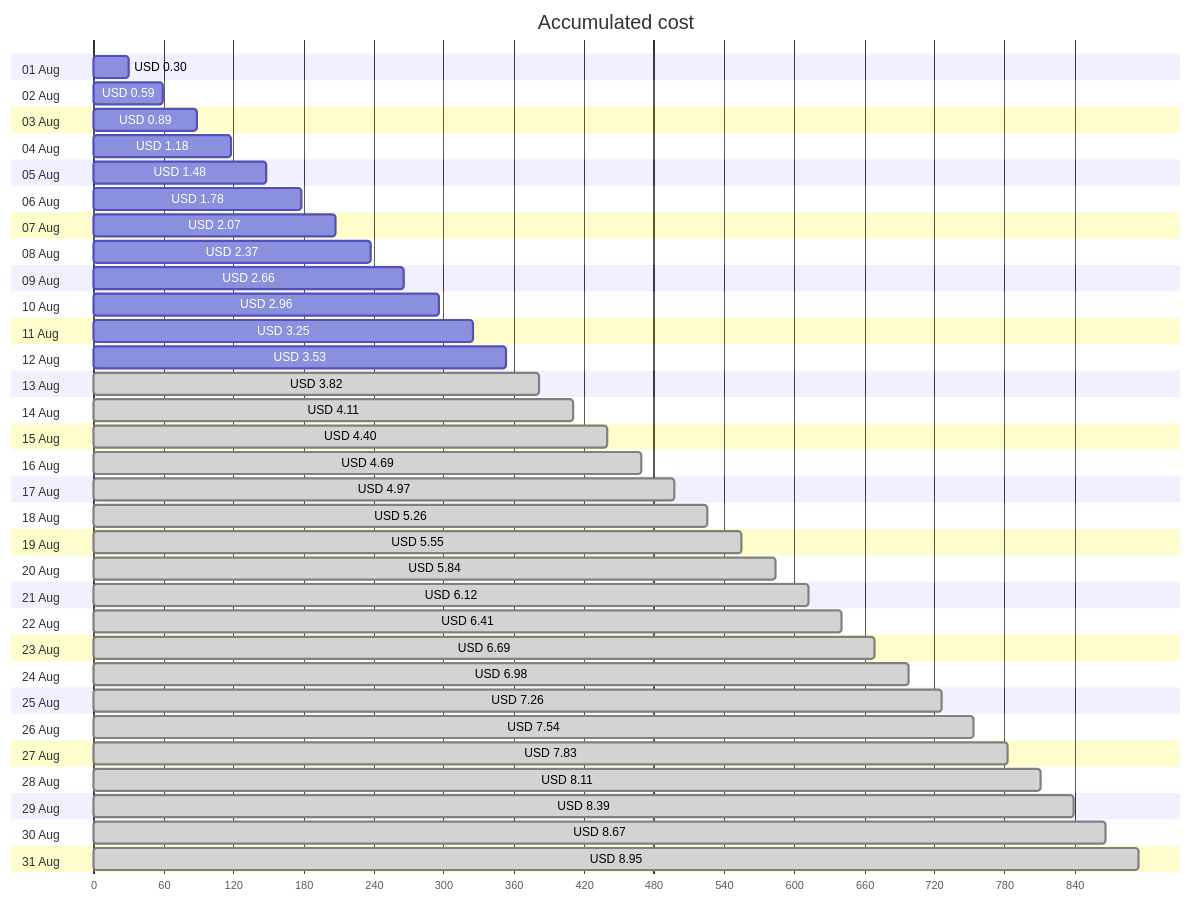
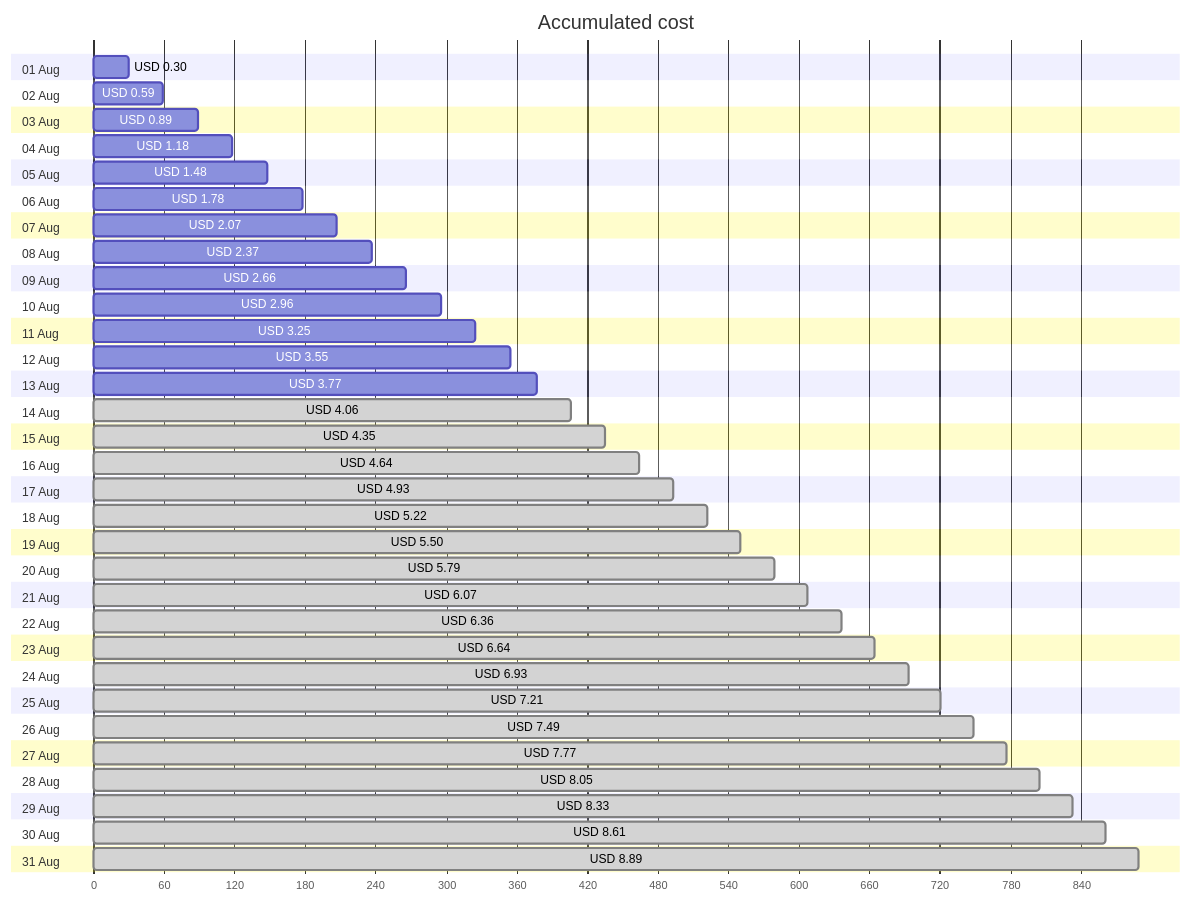
One commit to jpfulton/azure-personal-reports changed the first of 4 diagrams in cost-reports/personal-site/personal-site-preview.md. Above: the diagram before and after it, drawn with Mermaid. The commit also changed other lines of this file and 6 other files, not shown here.

````diff
--- a/cost-reports/personal-site/personal-site-preview.md
+++ b/cost-reports/personal-site/personal-site-preview.md
@@ -20,68 +20,68 @@
 ```mermaid
 gantt
    title Accumulated cost
    dateFormat  X
    axisFormat %s
    section 01 Aug
    USD 0.30 :0, 30
    section 02 Aug
    USD 0.59 :0, 59
    section 03 Aug
    USD 0.89 :0, 89
    section 04 Aug
    USD 1.18 :0, 118
    section 05 Aug
    USD 1.48 :0, 148
    section 06 Aug
    USD 1.78 :0, 178
    section 07 Aug
    USD 2.07 :0, 207
    section 08 Aug
    USD 2.37 :0, 237
    section 09 Aug
    USD 2.66 :0, 266
    section 10 Aug
    USD 2.96 :0, 296
    section 11 Aug
    USD 3.25 :0, 325
    section 12 Aug
-   USD 3.53 :0, 353
+   USD 3.55 :0, 355
    section 13 Aug
-   USD 3.82 : done, 0, 382
+   USD 3.77 :0, 377
    section 14 Aug
-   USD 4.11 : done, 0, 411
+   USD 4.06 : done, 0, 406
    section 15 Aug
-   USD 4.40 : done, 0, 440
+   USD 4.35 : done, 0, 435
    section 16 Aug
-   USD 4.69 : done, 0, 469
+   USD 4.64 : done, 0, 464
    section 17 Aug
-   USD 4.97 : done, 0, 497
+   USD 4.93 : done, 0, 493
    section 18 Aug
-   USD 5.26 : done, 0, 526
+   USD 5.22 : done, 0, 522
    section 19 Aug
-   USD 5.55 : done, 0, 555
+   USD 5.50 : done, 0, 550
    section 20 Aug
-   USD 5.84 : done, 0, 584
+   USD 5.79 : done, 0, 579
    section 21 Aug
-   USD 6.12 : done, 0, 612
+   USD 6.07 : done, 0, 607
    section 22 Aug
-   USD 6.41 : done, 0, 641
+   USD 6.36 : done, 0, 636
    section 23 Aug
-   USD 6.69 : done, 0, 669
+   USD 6.64 : done, 0, 664
    section 24 Aug
-   USD 6.98 : done, 0, 698
+   USD 6.93 : done, 0, 693
    section 25 Aug
-   USD 7.26 : done, 0, 726
+   USD 7.21 : done, 0, 721
    section 26 Aug
-   USD 7.54 : done, 0, 754
+   USD 7.49 : done, 0, 749
    section 27 Aug
-   USD 7.83 : done, 0, 783
+   USD 7.77 : done, 0, 777
    section 28 Aug
-   USD 8.11 : done, 0, 811
+   USD 8.05 : done, 0, 805
    section 29 Aug
-   USD 8.39 : done, 0, 839
+   USD 8.33 : done, 0, 833
    section 30 Aug
-   USD 8.67 : done, 0, 867
+   USD 8.61 : done, 0, 861
    section 31 Aug
-   USD 8.95 : done, 0, 895
+   USD 8.89 : done, 0, 889
 ```
````
